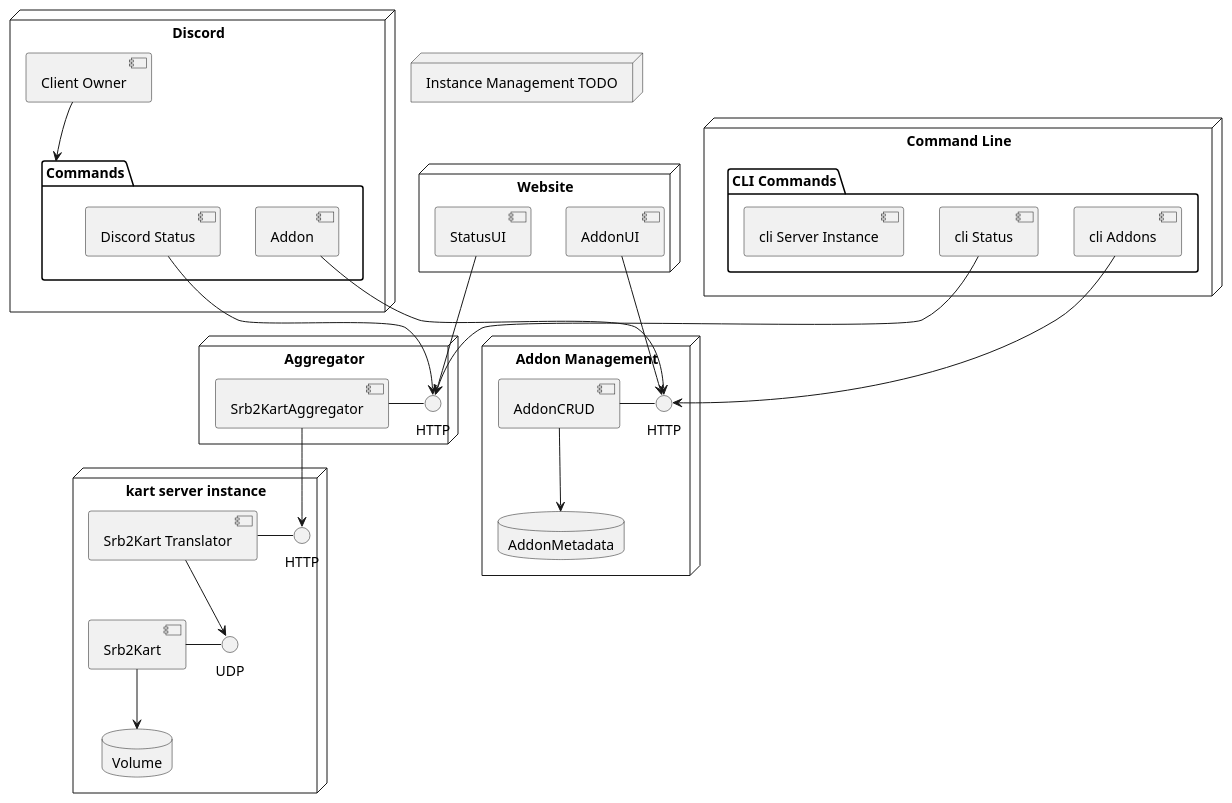
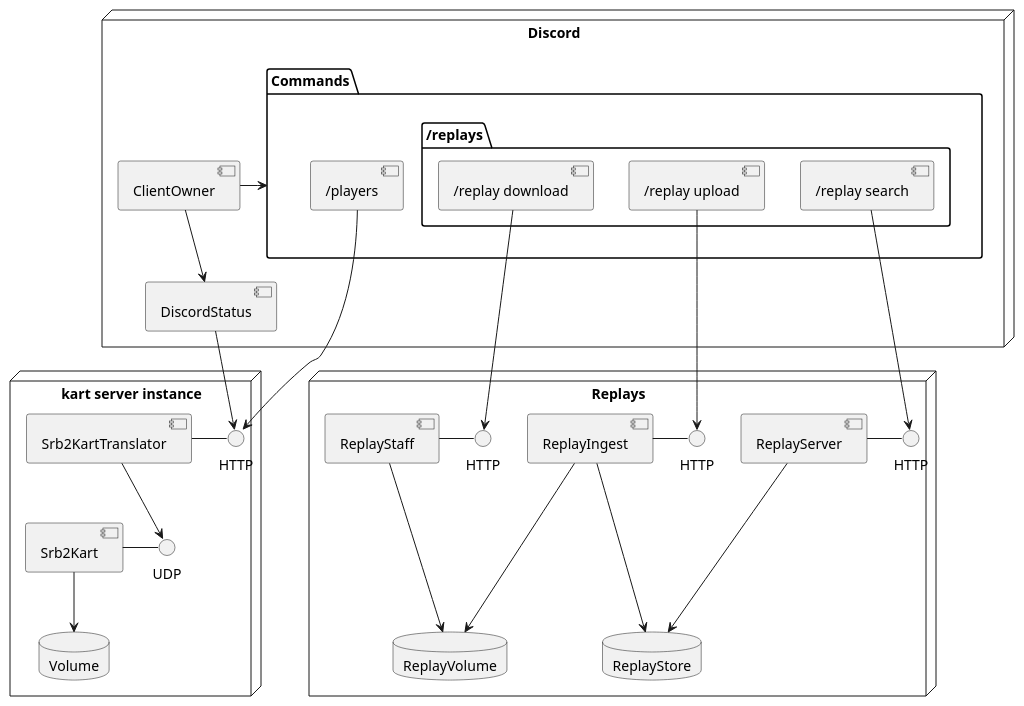
The diagram in topLevel.puml (formulabun/architecture), drawn with PlantUML before and after one commit. The commit also changed 1 other file, not shown here.

Commit message:
clean up unused and add replay components

```diff
--- a/topLevel.puml
+++ b/topLevel.puml
@@ -1,65 +1,93 @@
 @startuml
 node "kart server instance" {
   interface HTTP as ServerInfoHTTP
   interface UDP as ServerInfoUDP
 
   database Volume
 
   [Srb2Kart] - ServerInfoUDP
-  [Srb2Kart Translator] - ServerInfoHTTP
+  [Srb2KartTranslator] - ServerInfoHTTP
 
-  [Srb2Kart Translator] --> ServerInfoUDP
+  Srb2KartTranslator --> ServerInfoUDP
 
   Srb2Kart --> Volume
 }
 
-node Aggregator {
-  interface HTTP as AggregatorHTTP
-  [Srb2KartAggregator] - AggregatorHTTP
+node "Replays" {
+  interface HTTP as ReplayStoreHTTP
+  interface HTTP as ReplayUploadHTTP
+  interface HTTP as ReplayStaffHTTP
 
-  Srb2KartAggregator --> ServerInfoHTTP
+  [ReplayServer] - ReplayStoreHTTP
+  [ReplayIngest] - ReplayUploadHTTP
+  [ReplayStaff] - ReplayStaffHTTP
+
+  database ReplayStore
+  database ReplayVolume
+
+  ReplayServer ---> ReplayStore
+  ReplayIngest ---> ReplayStore
+
+  ReplayIngest ---> ReplayVolume
+  ReplayStaff ---> ReplayVolume
 }
 
+node Discord {
+  [ClientOwner]
+  [DiscordStatus] 
+
+  package Commands {
+    [/players] ---> ServerInfoHTTP
+
+    package "/replays" {
+      [/replay download] ---> ReplayStaffHTTP
+      [/replay upload] ---> ReplayUploadHTTP
+      [/replay search] ---> ReplayStoreHTTP
+    }
+  }
+
+  DiscordStatus -up-> ServerInfoHTTP 
+
+  ClientOwner -right-> Commands
+  ClientOwner --> DiscordStatus
+}
+
+' Works in Progres
+/'
+node Website {
+  [StatusUI] -->  ServerInfoHTTP
+  [AddonUI] --> AddonCRUDHTTP
+}
+'/
+
+/'
+node "Command Line" {
+  package "CLI Commands" {
+    [cli Status]
+    [cli Addons]
+    [cli Server Instance]
+
+    [cli Status] --> ServerInfoHTTP
+    [cli Addons] --> AddonCRUDHTTP
+    [cli Server Instance]
+  }
+}
+'/
+
+/'
+node "Instance Management TODO" {
+}
+'/
+
+/'
 node "Addon Management" {
   interface HTTP as AddonCRUDHTTP
   [AddonCRUD] - AddonCRUDHTTP
 
   database AddonMetadata
 
   AddonCRUD --> AddonMetadata
 }
+'/
 
-node "Instance Management TODO" {
-}
-
-node Discord {
-  [Client Owner]
-
-  package Commands {
-    [Discord Status] 
-    [Addon]
-
-    [Discord Status] --> AggregatorHTTP
-    Addon --> AddonCRUDHTTP
-  }
-
-  [Client Owner] --> Commands
-}
-
-node Website {
-  [StatusUI] --> AggregatorHTTP
-  [AddonUI] --> AddonCRUDHTTP
-}
-
-node "Command Line" {
-  package "CLI Commands" {
-    [cli Status]
-    [cli Addons]
-    [cli Server Instance]
-
-    [cli Status] --> AggregatorHTTP
-    [cli Addons] --> AddonCRUDHTTP
-    [cli Server Instance]
-  }
-}
 @enduml
```
